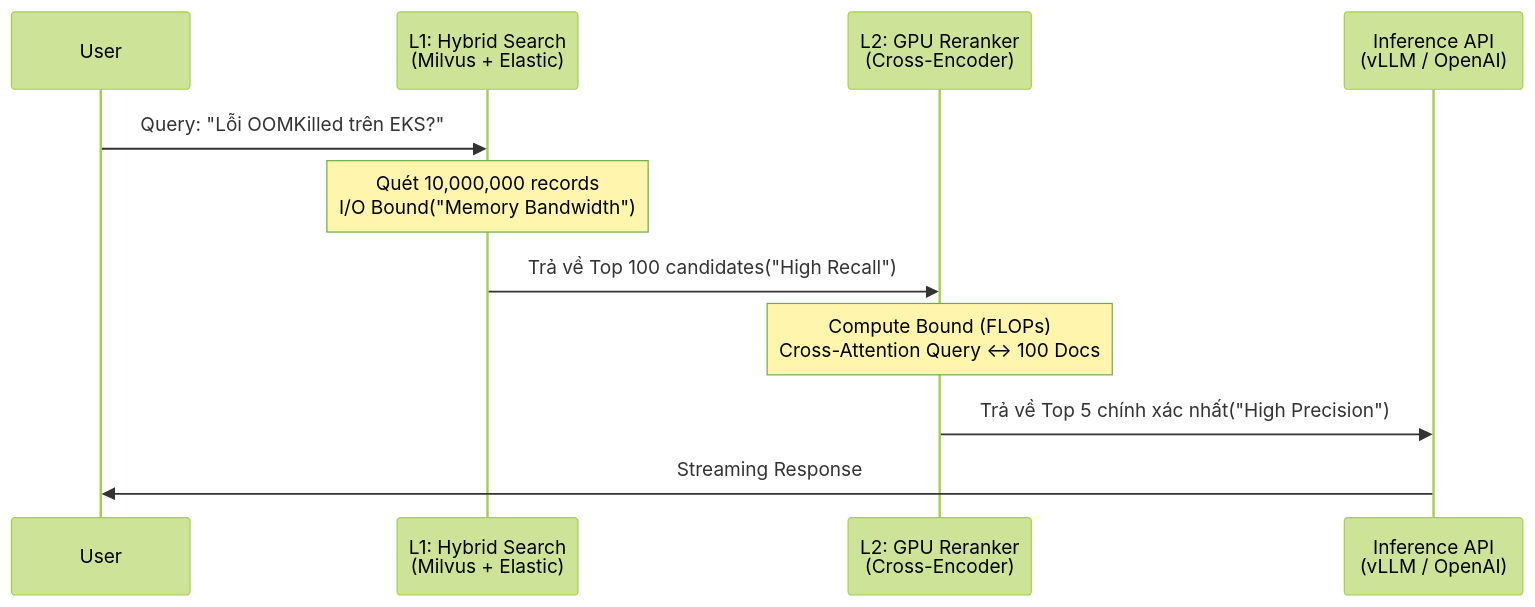
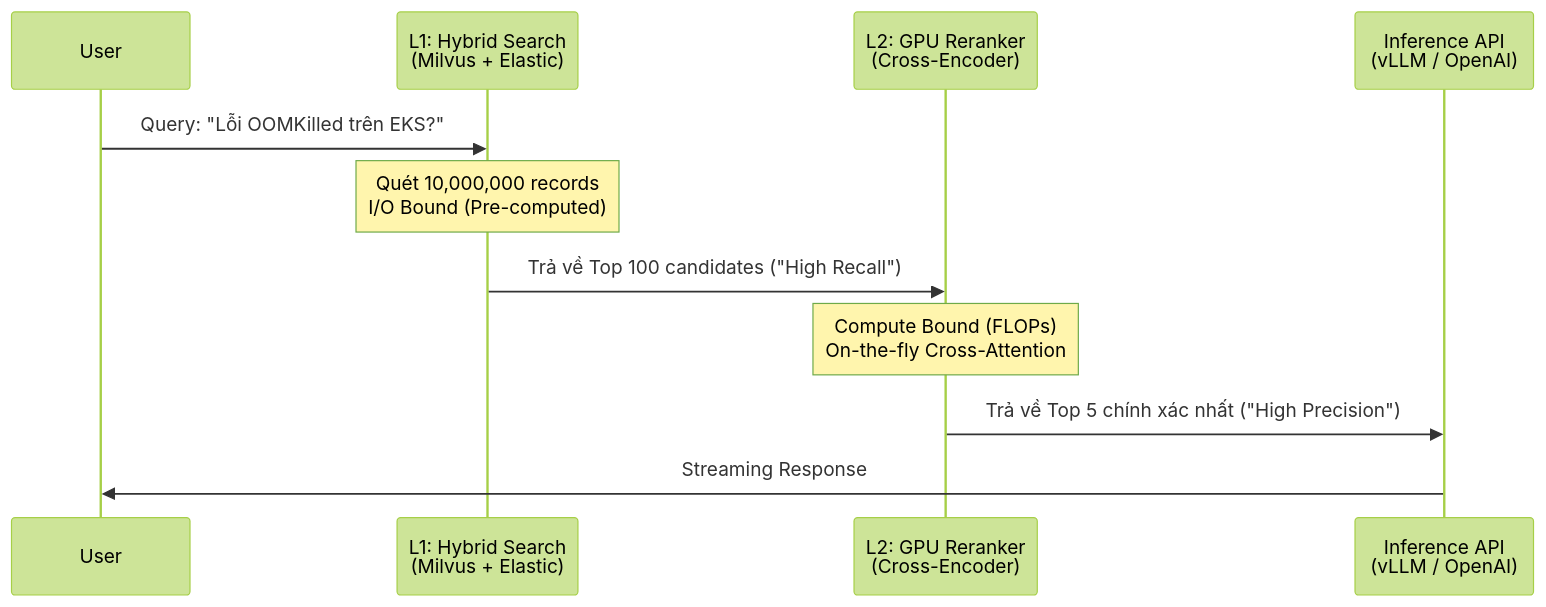
The diagram in src/content/docs/concepts/9-genai-machine-learning/reranker.md (kythuatdulieu/kythuatdulieu.github.io), drawn with Mermaid (forest theme) before and after one commit. The commit also changed other lines of this file and 213 other files, not shown here.

Commit message:
Fix syntax and rewrite 200+ concepts docs to deep-dive system architecture and add GA4 tracking to quiz app

````diff
--- a/src/content/docs/concepts/9-genai-machine-learning/reranker.md
+++ b/src/content/docs/concepts/9-genai-machine-learning/reranker.md
@@ -33,14 +34,14 @@
 ```mermaid
 sequenceDiagram
     participant User
     participant BM25_VectorDB as L1: Hybrid Search<br/>(Milvus + Elastic)
     participant Reranker as L2: GPU Reranker<br/>(Cross-Encoder)
     participant LLM as Inference API<br/>(vLLM / OpenAI)
 
     User->>BM25_VectorDB: Query: "Lỗi OOMKilled trên EKS?"
-    Note over BM25_VectorDB: Quét 10,000,000 records<br/>I/O Bound("Memory Bandwidth")
-    BM25_VectorDB->>Reranker: Trả về Top 100 candidates("High Recall")
-    Note over Reranker: Compute Bound (FLOPs)<br/>Cross-Attention Query ↔ 100 Docs
-    Reranker->>LLM: Trả về Top 5 chính xác nhất("High Precision")
+    Note over BM25_VectorDB: Quét 10,000,000 records<br/>I/O Bound (Pre-computed)
+    BM25_VectorDB->>Reranker: Trả về Top 100 candidates ("High Recall")
+    Note over Reranker: Compute Bound (FLOPs)<br/>On-the-fly Cross-Attention
+    Reranker->>LLM: Trả về Top 5 chính xác nhất ("High Precision")
     LLM->>User: Streaming Response
 ```
````
